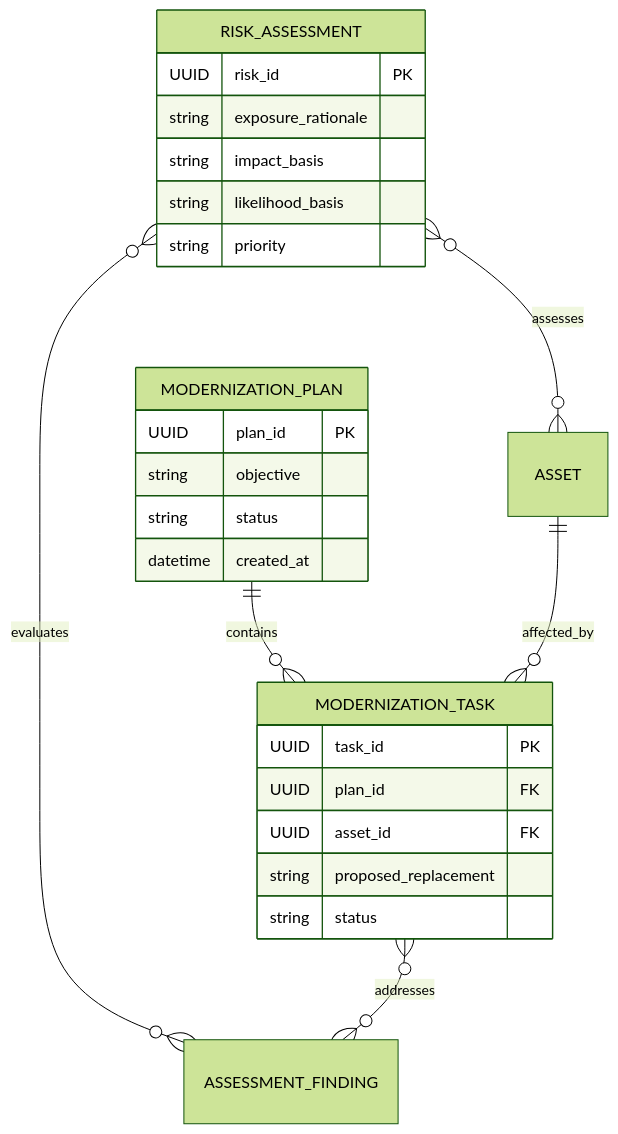
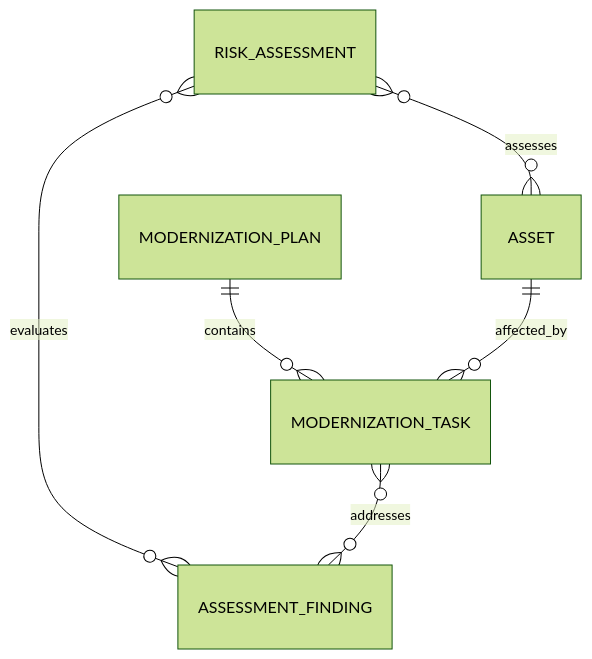
One commit to git-loa/cryptographic-inventory-pqc-risk-assessment changed the sixth of 6 diagrams in docs/architecture/domain/entity-relationship-diagram.md. Above: the diagram before and after it, drawn with Mermaid (forest theme). The commit also changed other lines of this file and 9 other files, not shown here.

Commit message:
feature: refactor relationship rules / docs: rewrite domain architecture documentation

````diff
--- a/docs/architecture/domain/entity-relationship-diagram.md
+++ b/docs/architecture/domain/entity-relationship-diagram.md
@@ -256,32 +197,9 @@
 ```mermaid
 erDiagram
     RISK_ASSESSMENT }o--o{ ASSESSMENT_FINDING : evaluates
     RISK_ASSESSMENT }o--o{ ASSET : assesses
 
     MODERNIZATION_PLAN ||--o{ MODERNIZATION_TASK : contains
     ASSET ||--o{ MODERNIZATION_TASK : affected_by
     MODERNIZATION_TASK }o--o{ ASSESSMENT_FINDING : addresses
-
-    RISK_ASSESSMENT {
-        UUID risk_id PK
-        string exposure_rationale
-        string impact_basis
-        string likelihood_basis
-        string priority
-    }
-
-    MODERNIZATION_PLAN {
-        UUID plan_id PK
-        string objective
-        string status
-        datetime created_at
-    }
-
-    MODERNIZATION_TASK {
-        UUID task_id PK
-        UUID plan_id FK
-        UUID asset_id FK
-        string proposed_replacement
-        string status
-    }
 ```
````
